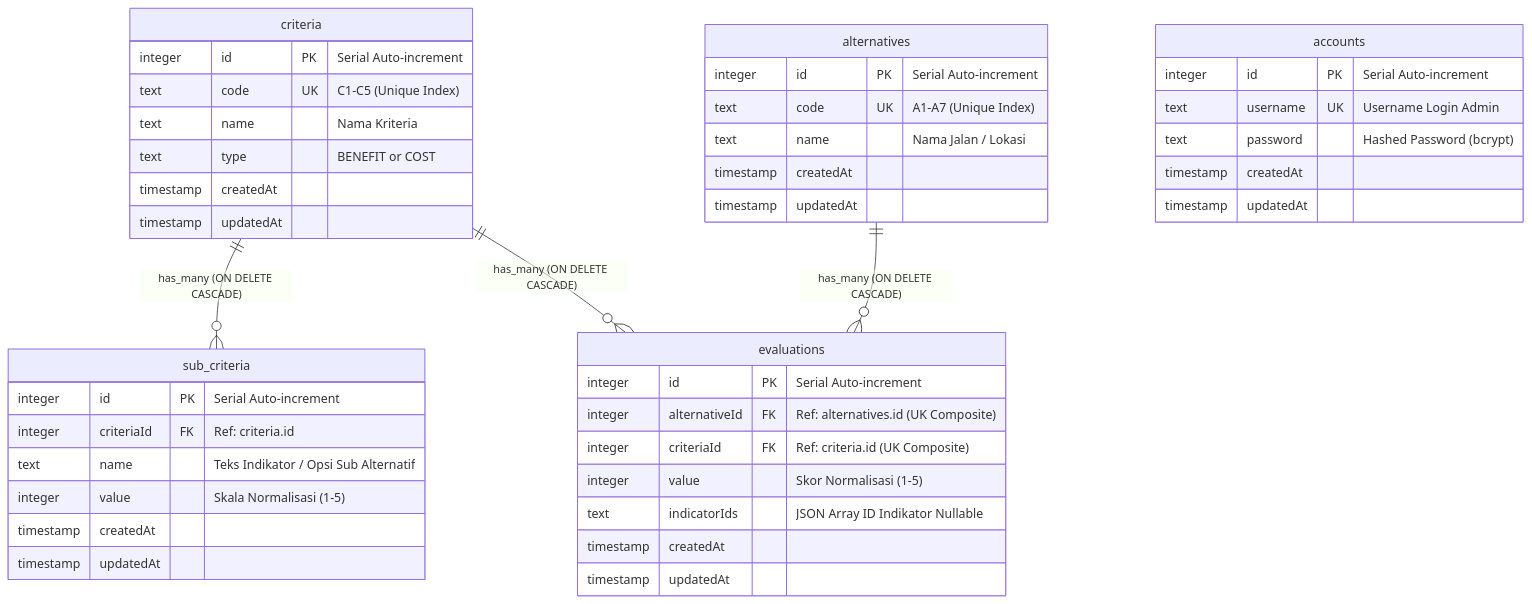
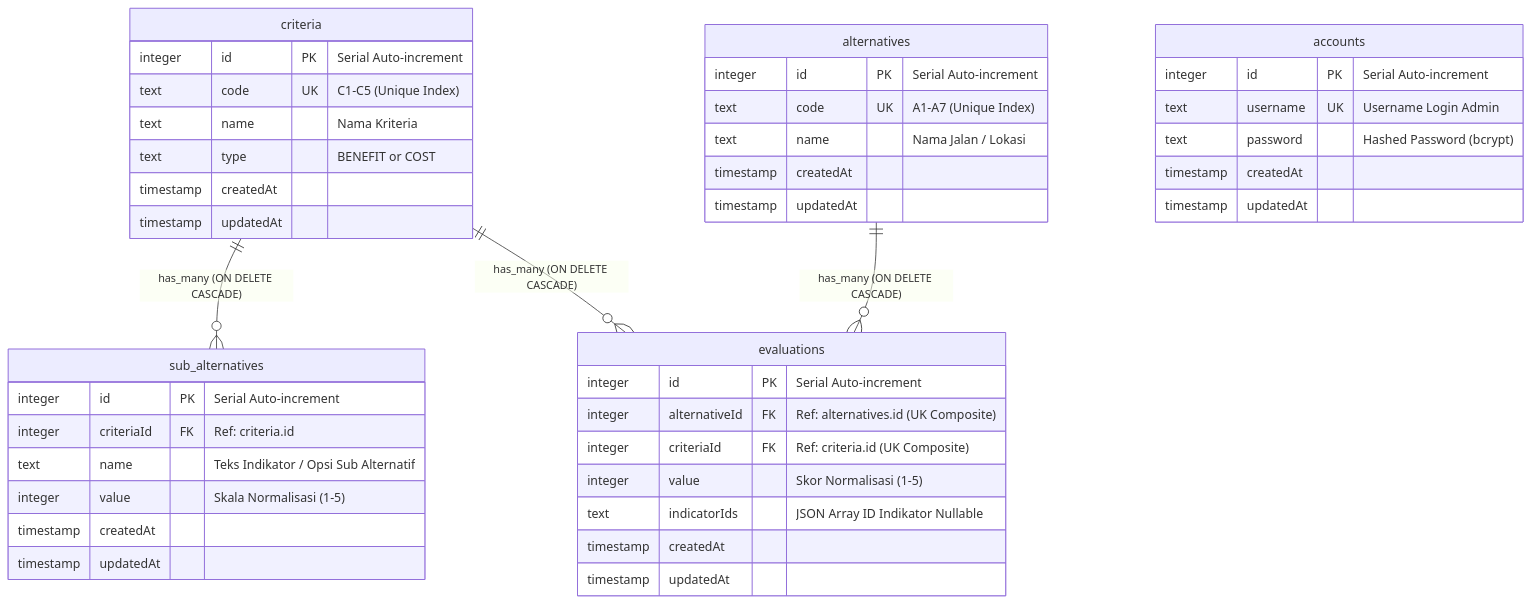
Before and after one commit to Burzess/spk-moora: the second of 2 diagrams in cdm_pdm_spk_moora.md, drawn with Mermaid. The commit also changed other lines of this file and 8 other files, not shown here.

Commit message:
refactor: rename SubCriteria table and model to SubAlternative across DB, codebase, and documentation

````diff
--- a/cdm_pdm_spk_moora.md
+++ b/cdm_pdm_spk_moora.md
@@ -77,50 +77,50 @@
 ```mermaid
 erDiagram
-    criteria ||--o{ sub_criteria : "has_many (ON DELETE CASCADE)"
+    criteria ||--o{ sub_alternatives : "has_many (ON DELETE CASCADE)"
     criteria ||--o{ evaluations : "has_many (ON DELETE CASCADE)"
     alternatives ||--o{ evaluations : "has_many (ON DELETE CASCADE)"
 
     criteria {
         integer id PK "Serial Auto-increment"
         text code UK "C1-C5 (Unique Index)"
         text name "Nama Kriteria"
         text type "BENEFIT or COST"
         timestamp createdAt
         timestamp updatedAt
     }
 
-    sub_criteria {
+    sub_alternatives {
         integer id PK "Serial Auto-increment"
         integer criteriaId FK "Ref: criteria.id"
         text name "Teks Indikator / Opsi Sub Alternatif"
         integer value "Skala Normalisasi (1-5)"
         timestamp createdAt
         timestamp updatedAt
     }
 
     alternatives {
         integer id PK "Serial Auto-increment"
         text code UK "A1-A7 (Unique Index)"
         text name "Nama Jalan / Lokasi"
         timestamp createdAt
         timestamp updatedAt
     }
 
     evaluations {
         integer id PK "Serial Auto-increment"
         integer alternativeId FK "Ref: alternatives.id (UK Composite)"
         integer criteriaId FK "Ref: criteria.id (UK Composite)"
         integer value "Skor Normalisasi (1-5)"
         text indicatorIds "JSON Array ID Indikator Nullable"
         timestamp createdAt
         timestamp updatedAt
     }
 
     accounts {
         integer id PK "Serial Auto-increment"
         text username UK "Username Login Admin"
         text password "Hashed Password (bcrypt)"
         timestamp createdAt
         timestamp updatedAt
     }
 ```
````
